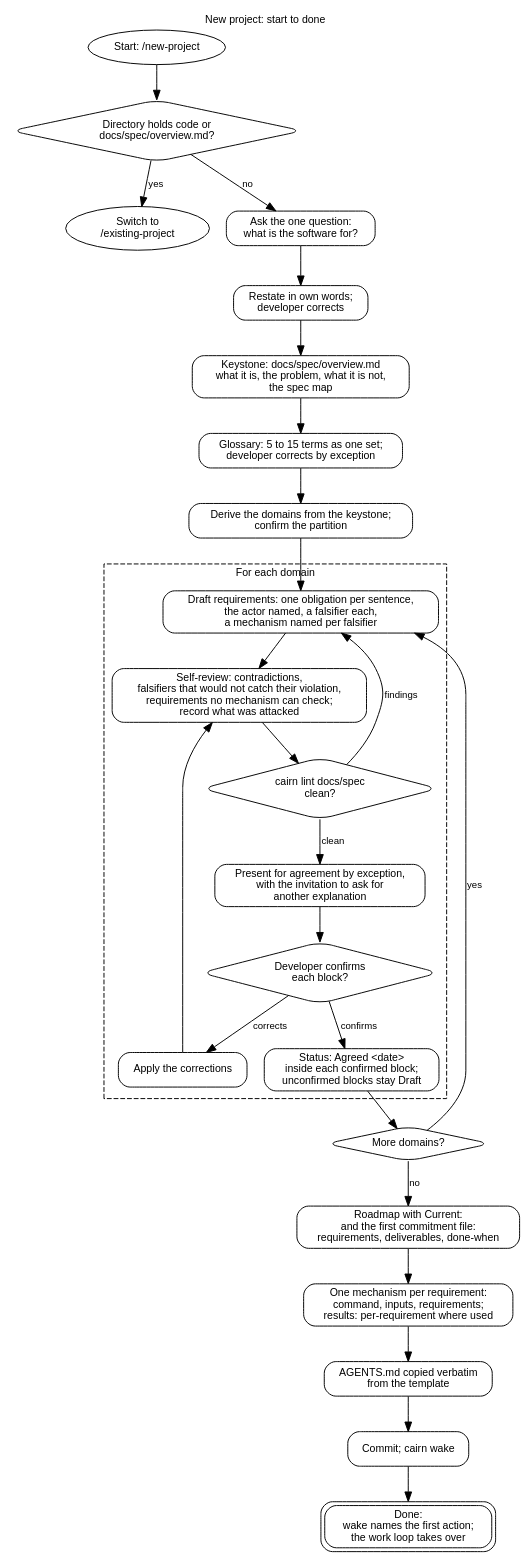
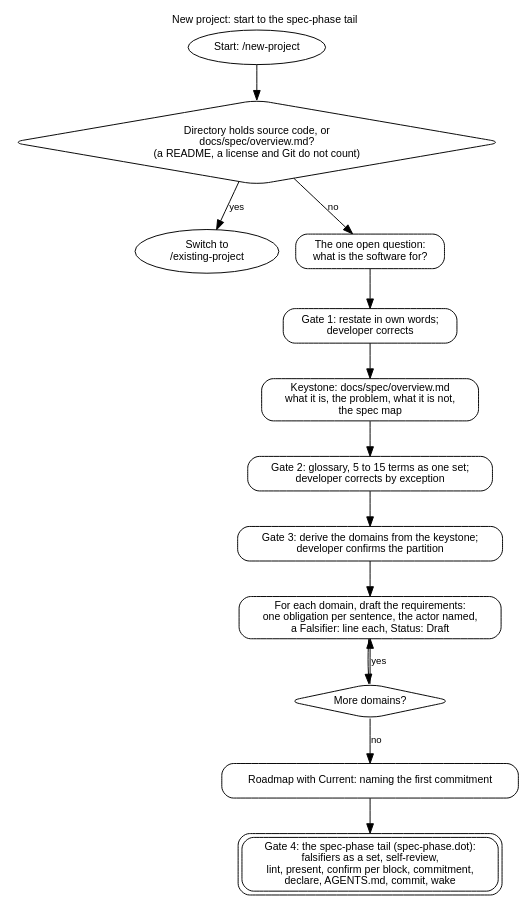
Before and after one commit to eas4ai/cairn: the diagram in docs/diagrams/new-project.dot, drawn with Graphviz. The commit also changed 13 other files, not shown here.

Commit message:
Revise the specification against the adversarial review: one adversary at Done, four verdicts, digest-keyed predicates, precedence, the block grammar, a shared spec-phase tail

```diff
--- a/docs/diagrams/new-project.dot
+++ b/docs/diagrams/new-project.dot
@@ -1,50 +1,28 @@
-// New project: from an empty directory to an Agreed first commitment.
+// New project: from an empty directory to drafted requirements; the spec-phase tail finishes it.
 digraph new_project {
   rankdir=TB;
-  graph [fontname="Helvetica", fontsize=11, labelloc=t, label="New project: start to done"];
+  graph [fontname="Helvetica", fontsize=11, labelloc=t, label="New project: start to the spec-phase tail"];
   node  [shape=box, style=rounded, fontname="Helvetica", fontsize=11];
   edge  [fontname="Helvetica", fontsize=10];
 
   start [shape=oval, label="Start: /new-project"];
-  exists [shape=diamond, label="Directory holds code or\ndocs/spec/overview.md?"];
+  exists [shape=diamond, label="Directory holds source code, or\ndocs/spec/overview.md?\n(a README, a license and Git do not count)"];
   switch [shape=oval, label="Switch to\n/existing-project"];
-  ask [label="Ask the one question:\nwhat is the software for?"];
-  restate [label="Restate in own words;\ndeveloper corrects"];
+  ask [label="The one open question:\nwhat is the software for?"];
+  restate [label="Gate 1: restate in own words;\ndeveloper corrects"];
   keystone [label="Keystone: docs/spec/overview.md\nwhat it is, the problem, what it is not,\nthe spec map"];
-  glossary [label="Glossary: 5 to 15 terms as one set;\ndeveloper corrects by exception"];
-  partition [label="Derive the domains from the keystone;\nconfirm the partition"];
-
-  subgraph cluster_domain {
-    label="For each domain"; style=dashed; fontname="Helvetica"; fontsize=11;
-    draft [label="Draft requirements: one obligation per sentence,\nthe actor named, a falsifier each,\na mechanism named per falsifier"];
-    review [label="Self-review: contradictions,\nfalsifiers that would not catch their violation,\nrequirements no mechanism can check;\nrecord what was attacked"];
-    lint [shape=diamond, label="cairn lint docs/spec\nclean?"];
-    present [label="Present for agreement by exception,\nwith the invitation to ask for\nanother explanation"];
-    confirmed [shape=diamond, label="Developer confirms\neach block?"];
-    correct [label="Apply the corrections"];
-    agreed [label="Status: Agreed <date>\ninside each confirmed block;\nunconfirmed blocks stay Draft"];
-  }
-
+  glossary [label="Gate 2: glossary, 5 to 15 terms as one set;\ndeveloper corrects by exception"];
+  partition [label="Gate 3: derive the domains from the keystone;\ndeveloper confirms the partition"];
+  draft [label="For each domain, draft the requirements:\none obligation per sentence, the actor named,\na Falsifier: line each, Status: Draft"];
   more [shape=diamond, label="More domains?"];
-  roadmap [label="Roadmap with Current:\nand the first commitment file:\nrequirements, deliverables, done-when"];
-  mechs [label="One mechanism per requirement:\ncommand, inputs, requirements;\nresults: per-requirement where used"];
-  agreement [label="AGENTS.md copied verbatim\nfrom the template"];
-  commit [label="Commit; cairn wake"];
-  done [shape=box, peripheries=2, label="Done:\nwake names the first action;\nthe work loop takes over"];
+  roadmap [label="Roadmap with Current: naming the first commitment"];
+  tail [shape=box, peripheries=2, label="Gate 4: the spec-phase tail (spec-phase.dot):\nfalsifiers as a set, self-review,\nlint, present, confirm per block, commitment,\ndeclare, AGENTS.md, commit, wake"];
 
   start -> exists;
   exists -> switch [label="yes"];
   exists -> ask [label="no"];
-  ask -> restate -> keystone -> glossary -> partition -> draft;
-  draft -> review -> lint;
-  lint -> draft [label="findings"];
-  lint -> present [label="clean"];
-  present -> confirmed;
-  confirmed -> correct [label="corrects"];
-  correct -> review;
-  confirmed -> agreed [label="confirms"];
-  agreed -> more;
+  ask -> restate -> keystone -> glossary -> partition -> draft -> more;
   more -> draft [label="yes"];
   more -> roadmap [label="no"];
-  roadmap -> mechs -> agreement -> commit -> done;
+  roadmap -> tail;
 }
```
